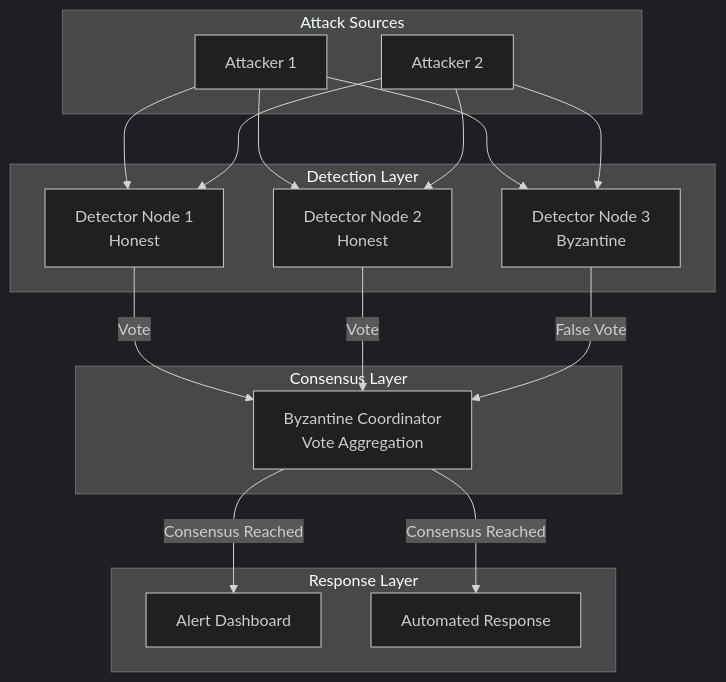
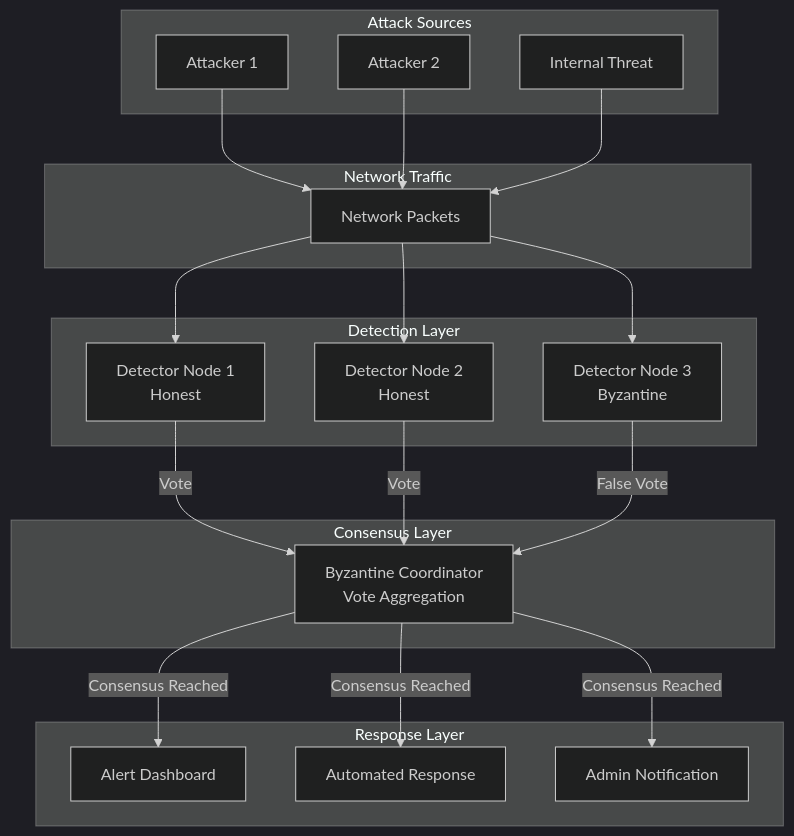
The diagram in README.md (amoghnellutla/Byzantine-Fault-Tolerant-IDS), drawn with Mermaid (dark theme) before and after one commit. The commit also changed other lines of this file, not shown here.

````diff
--- a/README.md
+++ b/README.md
@@ -59,36 +39,44 @@
 ```mermaid
 graph TB
     subgraph "Attack Sources"
         A1[Attacker 1] 
         A2[Attacker 2]
+        A3[Internal Threat]
+    end
+    
+    subgraph "Network Traffic"
+        NT[Network Packets]
     end
     
     subgraph "Detection Layer"
         D1[Detector Node 1<br/>Honest]
         D2[Detector Node 2<br/>Honest]
         D3[Detector Node 3<br/>Byzantine]
     end
     
     subgraph "Consensus Layer"
         C[Byzantine Coordinator<br/>Vote Aggregation]
     end
     
     subgraph "Response Layer"
         R1[Alert Dashboard]
         R2[Automated Response]
+        R3[Admin Notification]
     end
     
-    A1 --> D1
-    A1 --> D2
-    A1 --> D3
-    A2 --> D1
-    A2 --> D2
-    A2 --> D3
+    A1 --> NT
+    A2 --> NT
+    A3 --> NT
+    
+    NT --> D1
+    NT --> D2
+    NT --> D3
     
     D1 -->|Vote| C
     D2 -->|Vote| C
     D3 -->|False Vote| C
     
     C -->|Consensus Reached| R1
     C -->|Consensus Reached| R2
+    C -->|Consensus Reached| R3
 ```
````
